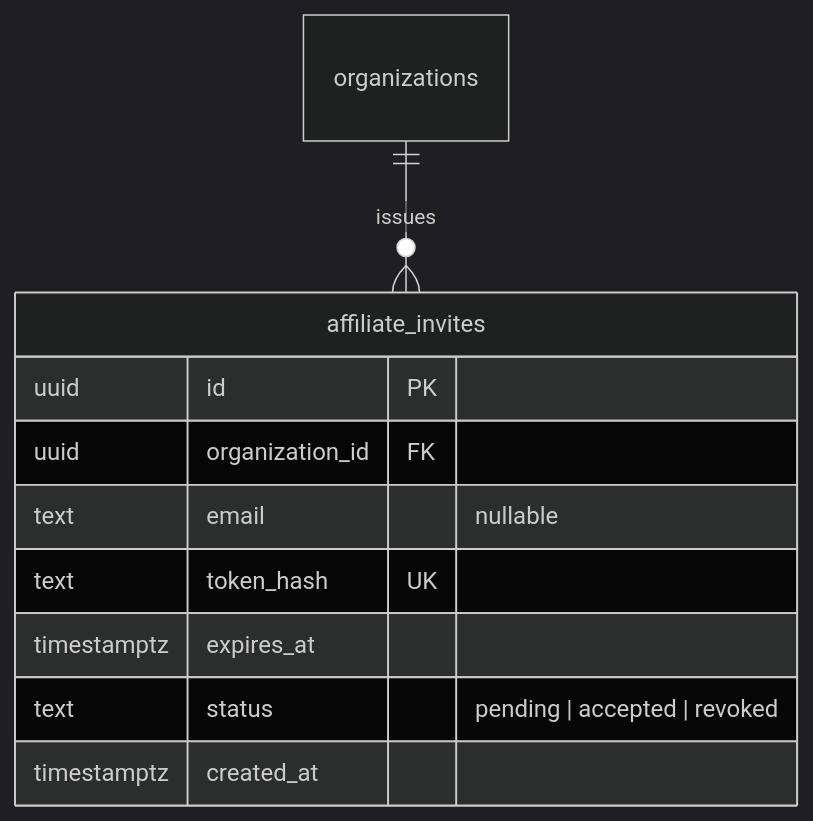
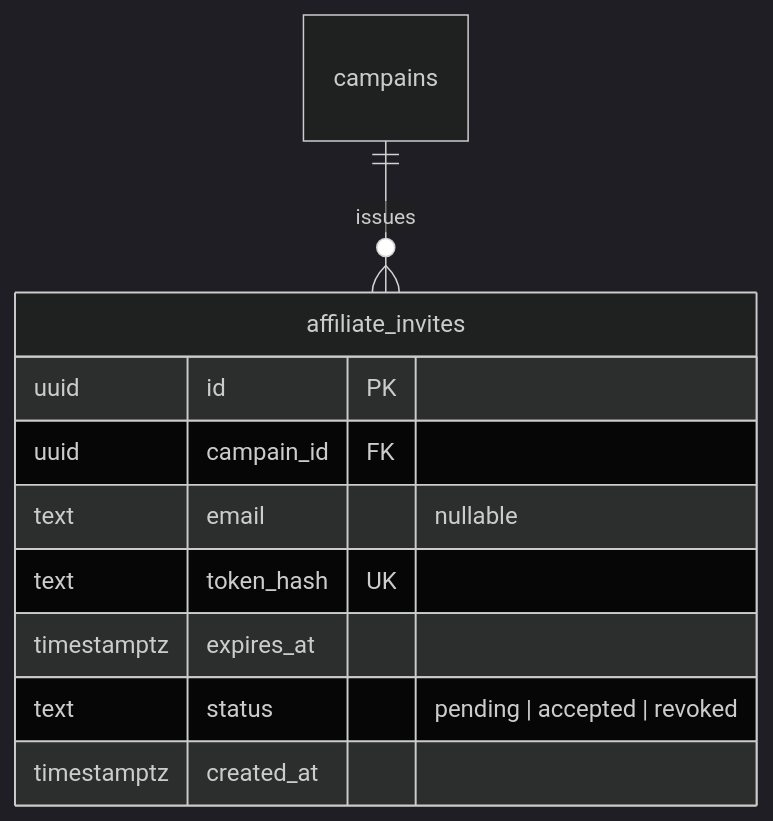
Before and after one commit to stelgkio/AffilFlow: the second of 3 diagrams in docs/03-data-model.md, drawn with Mermaid (dark theme). The commit also changed other lines of this file and 58 other files, not shown here.

````diff
--- a/docs/03-data-model.md
+++ b/docs/03-data-model.md
@@ -41,13 +41,13 @@
 ```mermaid
 erDiagram
-  organizations ||--o{ affiliate_invites : "issues"
+  campains ||--o{ affiliate_invites : "issues"
   affiliate_invites {
     uuid id PK
-    uuid organization_id FK
+    uuid campain_id FK
     text email "nullable"
     text token_hash UK
     timestamptz expires_at
     text status "pending | accepted | revoked"
     timestamptz created_at
   }
 ```
````
